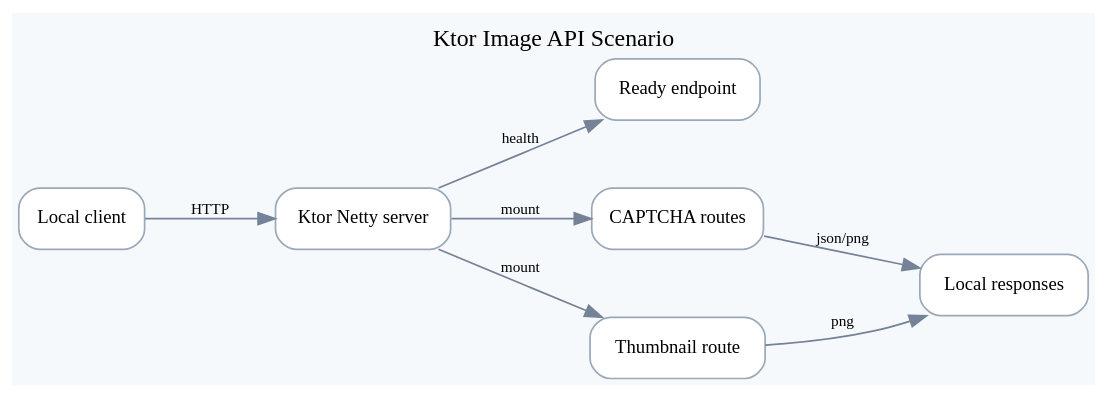
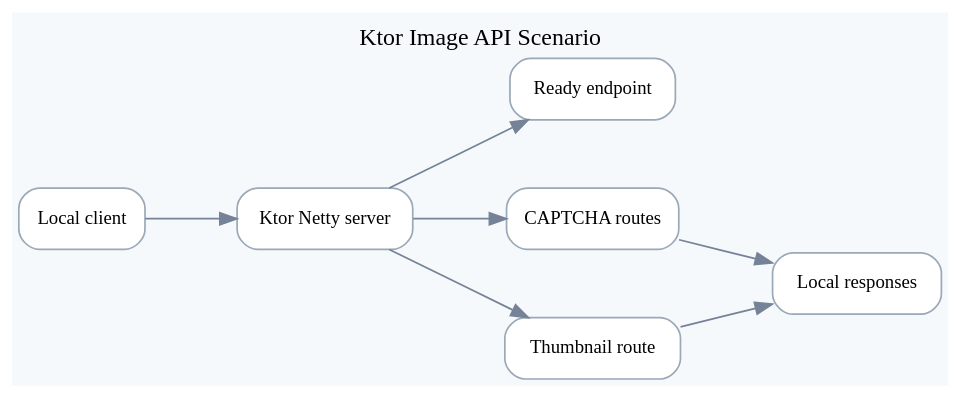
Before and after one commit to bluetape4k/bluetape4k-image: the diagram in docs/images/readme-diagrams/examples-ktor-image-api-scenario-01.dot, drawn with Graphviz. The commit also changed 47 other files, not shown here.

First line of the commit message:
docs: make README diagrams readable at rendered size

```diff
--- a/docs/images/readme-diagrams/examples-ktor-image-api-scenario-01.dot
+++ b/docs/images/readme-diagrams/examples-ktor-image-api-scenario-01.dot
@@ -1,19 +1,19 @@
 digraph G {
   graph [rankdir=LR, bgcolor="#F6F9FC", margin=0.18, nodesep=0.55, ranksep=0.75];
   node [shape=box, style="rounded,filled", fillcolor="#FFFFFF", color="#9AA8B8", fontname="Comic Mono", fontsize=11];
   edge [color="#758297", fontname="Comic Mono", fontsize=9];
   label="Ktor Image API Scenario";
   labelloc="t";
   "client" [label="Local client"];
   "server" [label="Ktor Netty server"];
   "ready" [label="Ready endpoint"];
   "captcha" [label="CAPTCHA routes"];
   "thumb" [label="Thumbnail route"];
   "response" [label="Local responses"];
-  "client" -> "server" [label="HTTP"];
-  "server" -> "ready" [label="health"];
-  "server" -> "captcha" [label="mount"];
-  "server" -> "thumb" [label="mount"];
-  "captcha" -> "response" [label="json/png"];
-  "thumb" -> "response" [label="png"];
+  "client" -> "server" [label=""];
+  "server" -> "ready" [label=""];
+  "server" -> "captcha" [label=""];
+  "server" -> "thumb" [label=""];
+  "captcha" -> "response" [label=""];
+  "thumb" -> "response" [label=""];
 }
```
